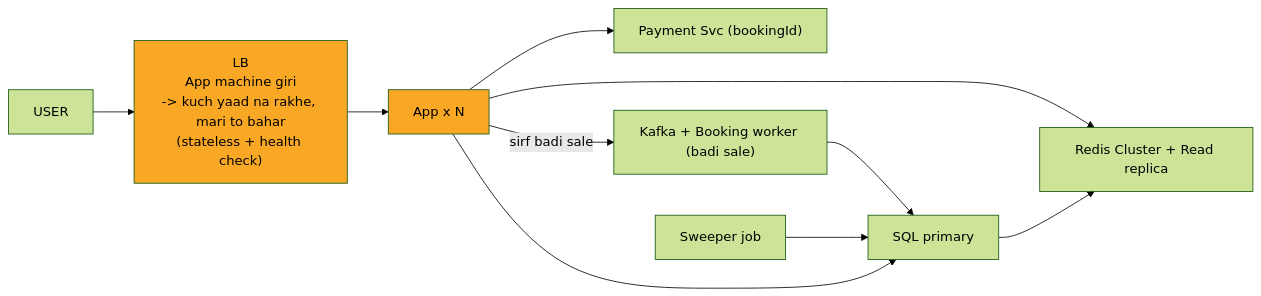
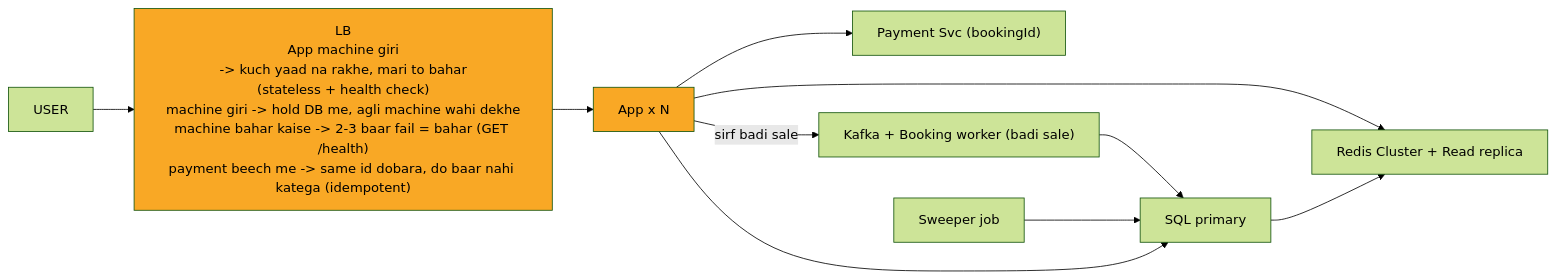
One commit to ArpanMaheshwari144/Prep changed the eighth of 9 diagrams in 04_HLD/SYSTEM_DESIGNS/09_bookmyshow/09_bookmyshow_INTERVIEW.md. Above: the diagram before and after it, drawn with Mermaid (forest theme). The commit also changed other lines of this file and 12 other files, not shown here.

Commit message:
hld 02-14: peele dabbe me SAFAR ke mod + diagram chauda (wrappingWidth 450)

````diff
--- a/04_HLD/SYSTEM_DESIGNS/09_bookmyshow/09_bookmyshow_INTERVIEW.md
+++ b/04_HLD/SYSTEM_DESIGNS/09_bookmyshow/09_bookmyshow_INTERVIEW.md
@@ -298,22 +305,23 @@
 ```mermaid
+%%{init: {"flowchart": {"wrappingWidth": 450}}}%%
 flowchart LR
     n_USER["USER"]
-    n_LB["LB<br/>App machine giri<br/>-> kuch yaad na rakhe, mari to bahar<br/>(stateless + health check)"]
+    n_LB["LB<br/>App machine giri<br/>-> kuch yaad na rakhe, mari to bahar<br/>(stateless + health check)<br/>machine giri -> hold DB me, agli machine wahi dekhe<br/>machine bahar kaise -> 2-3 baar fail = bahar (GET /health)<br/>payment beech me -> same id dobara, do baar nahi katega (idempotent)"]
     n_App_xN["App x N"]
     n_Payment_Svc["Payment Svc (bookingId)"]
     n_RRR["Redis Cluster + Read replica"]
     n_KB["Kafka + Booking worker (badi sale)"]
     n_SQL_primary["SQL primary"]
     n_Sweeper_job["Sweeper job"]
     n_USER --> n_LB
     n_LB --> n_App_xN
     n_App_xN --> n_Payment_Svc
     n_App_xN --> n_RRR
     n_App_xN -->|sirf badi sale| n_KB
     n_KB --> n_SQL_primary
     n_Sweeper_job --> n_SQL_primary
     n_App_xN --> n_SQL_primary
     n_SQL_primary --> n_RRR
     style n_LB fill:#f9a825,color:#000
     style n_App_xN fill:#f9a825,color:#000
 ```
````
